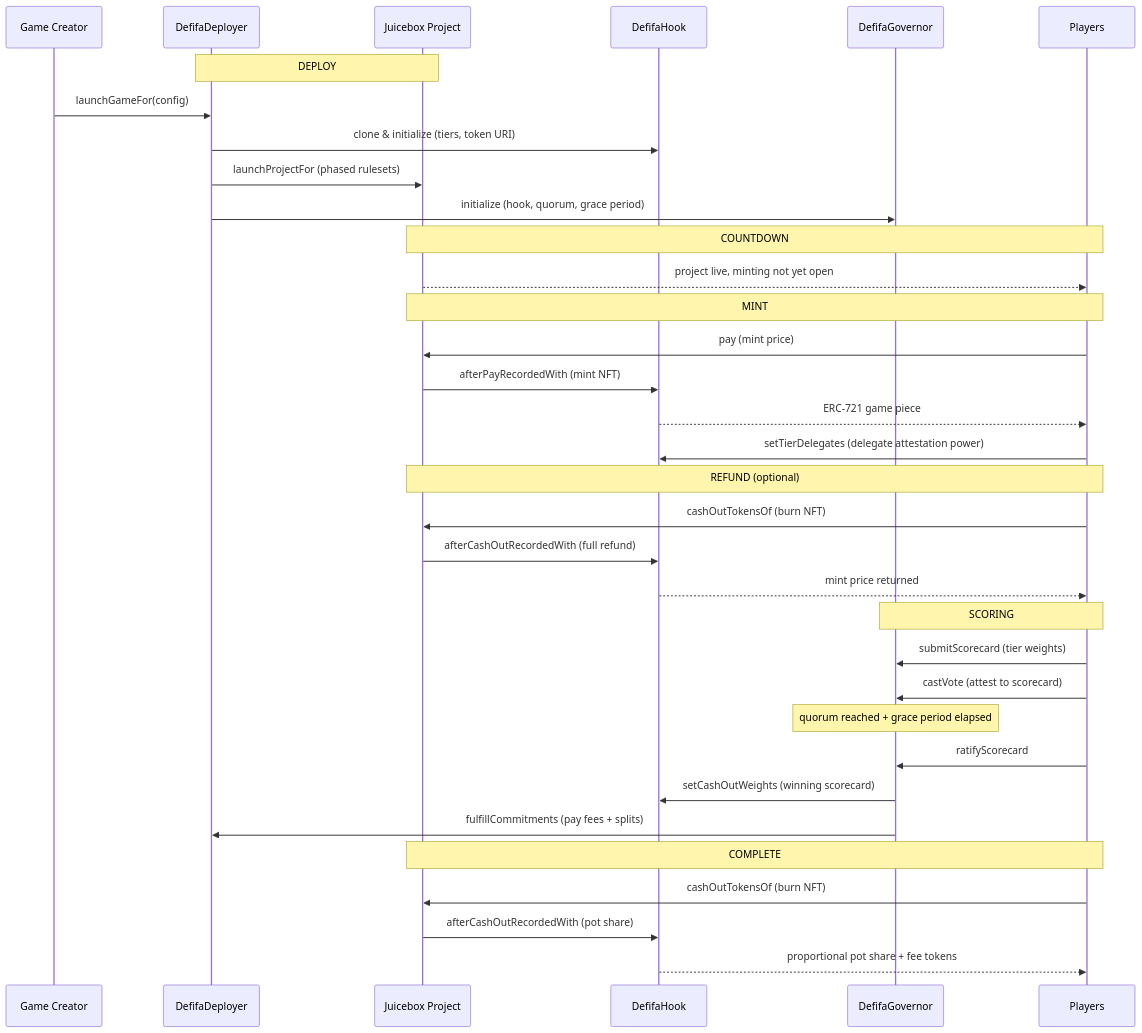
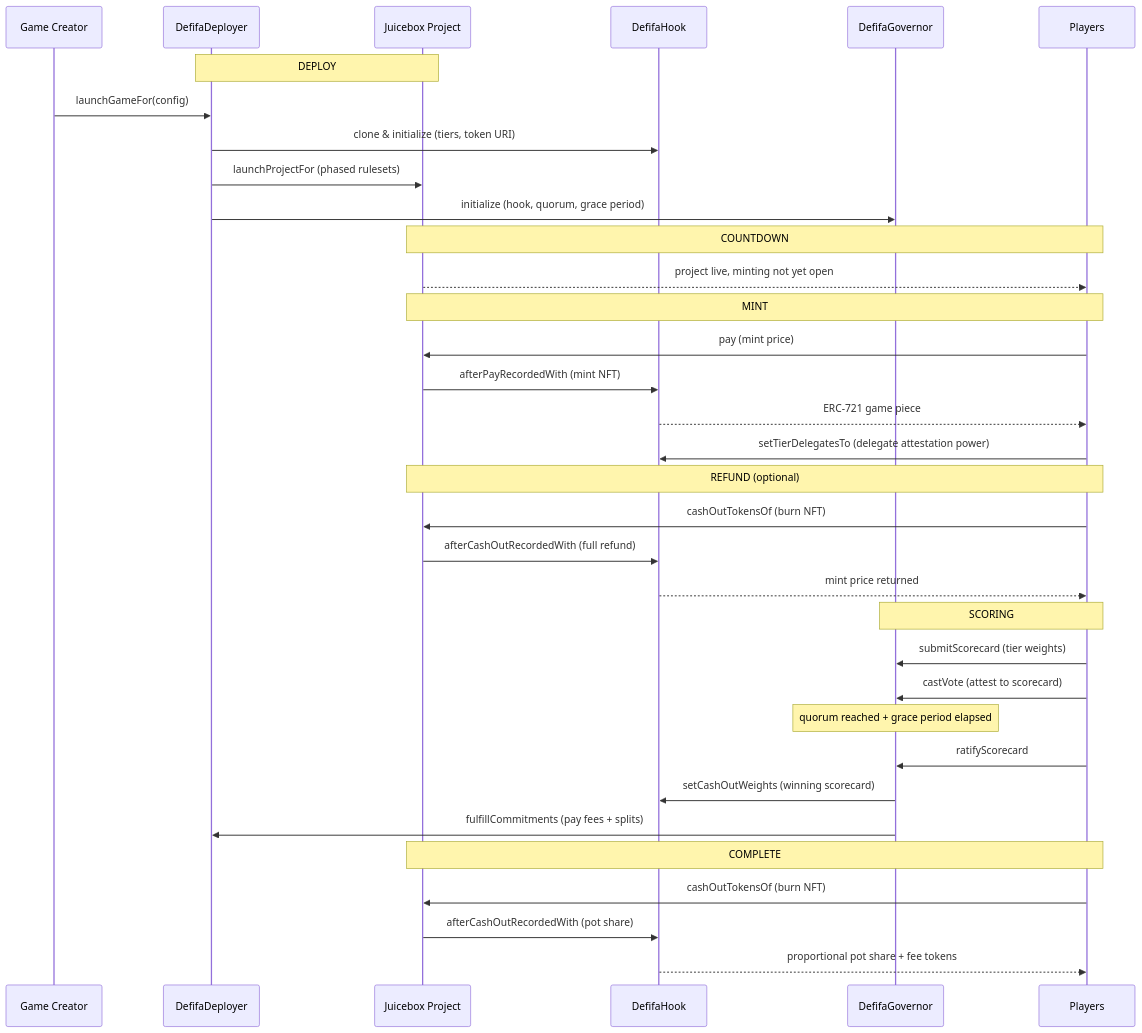
One commit to BallKidz/defifa changed the diagram in README.md. Above: the diagram before and after it, drawn with Mermaid. The commit also changed other lines of this file, not shown here.

Commit message:
Fix README.md: correct function name and stale test count
- setTierDelegates -> setTierDelegatesTo (matches actual source in DefifaHook.sol)
- 53 tests -> 155 tests (actual count across 15 test files)

````diff
--- a/README.md
+++ b/README.md
@@ -72,42 +72,42 @@
 ```mermaid
 sequenceDiagram
     participant Deployer as Game Creator
     participant DD as DefifaDeployer
     participant JB as Juicebox Project
     participant Hook as DefifaHook
     participant Gov as DefifaGovernor
     participant Player as Players
 
     Note over DD,JB: DEPLOY
     Deployer->>DD: launchGameFor(config)
     DD->>Hook: clone & initialize (tiers, token URI)
     DD->>JB: launchProjectFor (phased rulesets)
     DD->>Gov: initialize (hook, quorum, grace period)
 
     Note over JB,Player: COUNTDOWN
     JB-->>Player: project live, minting not yet open
 
     Note over JB,Player: MINT
     Player->>JB: pay (mint price)
     JB->>Hook: afterPayRecordedWith (mint NFT)
     Hook-->>Player: ERC-721 game piece
-    Player->>Hook: setTierDelegates (delegate attestation power)
+    Player->>Hook: setTierDelegatesTo (delegate attestation power)
 
     Note over JB,Player: REFUND (optional)
     Player->>JB: cashOutTokensOf (burn NFT)
     JB->>Hook: afterCashOutRecordedWith (full refund)
     Hook-->>Player: mint price returned
 
     Note over Gov,Player: SCORING
     Player->>Gov: submitScorecard (tier weights)
     Player->>Gov: castVote (attest to scorecard)
     Note over Gov: quorum reached + grace period elapsed
     Player->>Gov: ratifyScorecard
     Gov->>Hook: setCashOutWeights (winning scorecard)
     Gov->>DD: fulfillCommitments (pay fees + splits)
 
     Note over JB,Player: COMPLETE
     Player->>JB: cashOutTokensOf (burn NFT)
     JB->>Hook: afterCashOutRecordedWith (pot share)
     Hook-->>Player: proportional pot share + fee tokens
 ```
````
